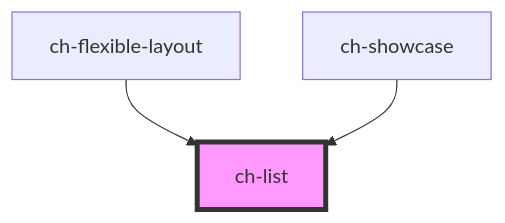
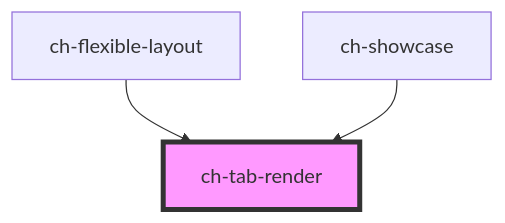
The diagram in src/components/tab/readme.md (genexuslabs/chameleon-controls-library), drawn with Mermaid before and after one commit. The commit also changed other lines of this file and 9 other files, not shown here.

````diff
--- a/src/components/tab/readme.md
+++ b/src/components/tab/readme.md
@@ -80,6 +91,6 @@
 ```mermaid
 graph TD;
-  ch-flexible-layout --> ch-list
-  ch-showcase --> ch-list
-  style ch-list fill:#f9f,stroke:#333,stroke-width:4px
+  ch-flexible-layout --> ch-tab-render
+  ch-showcase --> ch-tab-render
+  style ch-tab-render fill:#f9f,stroke:#333,stroke-width:4px
 ```
````
